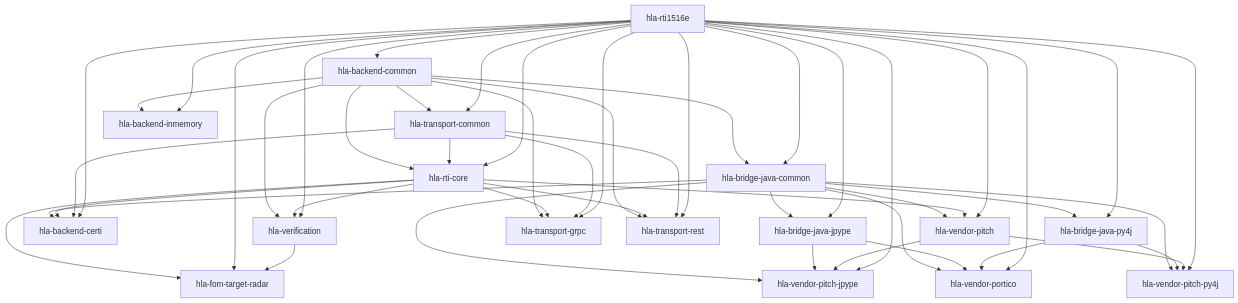
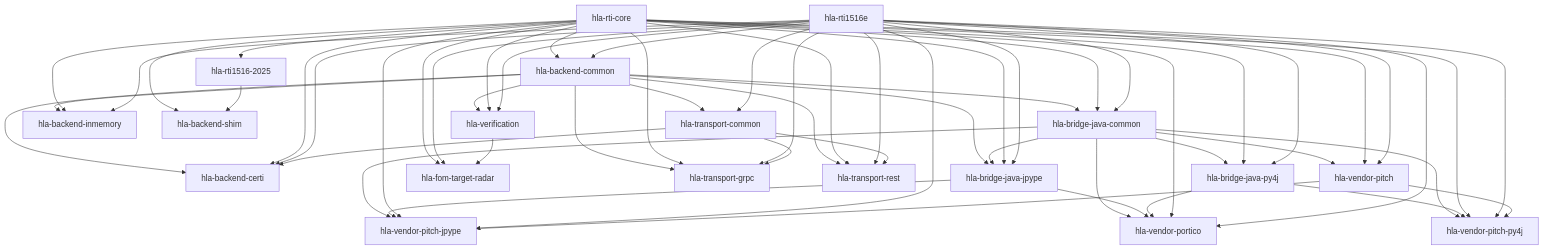
One commit to sheepfling/sturdy-broccoli changed the diagram in docs/package_dependency_tree.md. Above: the diagram before and after it, drawn with Mermaid. The commit also changed other lines of this file and 74 other files, not shown here.

Commit message:
2025 edition: add spec shim and refresh package boundaries

````diff
--- a/docs/package_dependency_tree.md
+++ b/docs/package_dependency_tree.md
@@ -50,51 +33,61 @@
 ```mermaid
 graph TD
-    hla.rti[hla-rti-core] --> hla.foms.target_radar[hla-fom-target-radar]
-    hla2010_spec[hla-rti1516e] --> hla.foms.target_radar[hla-fom-target-radar]
-    hla.verification[hla-verification] --> hla.foms.target_radar[hla-fom-target-radar]
-    hla2010_spec[hla-rti1516e] --> hla.backends.common[hla-backend-common]
-    hla.bridges.java.common[hla-bridge-java-common] --> hla.backends.certi[hla-backend-certi]
-    hla.rti[hla-rti-core] --> hla.backends.certi[hla-backend-certi]
-    hla.transports.common[hla-transport-common] --> hla.backends.certi[hla-backend-certi]
-    hla2010_spec[hla-rti1516e] --> hla.backends.certi[hla-backend-certi]
-    hla.backends.common[hla-backend-common] --> hla.bridges.java.common[hla-bridge-java-common]
-    hla2010_spec[hla-rti1516e] --> hla.bridges.java.common[hla-bridge-java-common]
-    hla.bridges.java.common[hla-bridge-java-common] --> hla.bridges.java.jpype[hla-bridge-java-jpype]
-    hla2010_spec[hla-rti1516e] --> hla.bridges.java.jpype[hla-bridge-java-jpype]
-    hla.bridges.java.common[hla-bridge-java-common] --> hla.bridges.java.py4j[hla-bridge-java-py4j]
-    hla2010_spec[hla-rti1516e] --> hla.bridges.java.py4j[hla-bridge-java-py4j]
-    hla.bridges.java.common[hla-bridge-java-common] --> hla.vendors.pitch[hla-vendor-pitch]
-    hla.rti[hla-rti-core] --> hla.vendors.pitch[hla-vendor-pitch]
-    hla2010_spec[hla-rti1516e] --> hla.vendors.pitch[hla-vendor-pitch]
-    hla.bridges.java.common[hla-bridge-java-common] --> hla.vendors.pitch.jpype[hla-vendor-pitch-jpype]
-    hla.bridges.java.jpype[hla-bridge-java-jpype] --> hla.vendors.pitch.jpype[hla-vendor-pitch-jpype]
-    hla.vendors.pitch[hla-vendor-pitch] --> hla.vendors.pitch.jpype[hla-vendor-pitch-jpype]
-    hla2010_spec[hla-rti1516e] --> hla.vendors.pitch.jpype[hla-vendor-pitch-jpype]
-    hla.bridges.java.common[hla-bridge-java-common] --> hla.vendors.pitch.py4j[hla-vendor-pitch-py4j]
-    hla.bridges.java.py4j[hla-bridge-java-py4j] --> hla.vendors.pitch.py4j[hla-vendor-pitch-py4j]
-    hla.vendors.pitch[hla-vendor-pitch] --> hla.vendors.pitch.py4j[hla-vendor-pitch-py4j]
-    hla2010_spec[hla-rti1516e] --> hla.vendors.pitch.py4j[hla-vendor-pitch-py4j]
-    hla.bridges.java.common[hla-bridge-java-common] --> hla.vendors.portico[hla-vendor-portico]
-    hla.bridges.java.jpype[hla-bridge-java-jpype] --> hla.vendors.portico[hla-vendor-portico]
-    hla.bridges.java.py4j[hla-bridge-java-py4j] --> hla.vendors.portico[hla-vendor-portico]
-    hla2010_spec[hla-rti1516e] --> hla.vendors.portico[hla-vendor-portico]
-    hla.backends.common[hla-backend-common] --> hla.backends.inmemory[hla-backend-inmemory]
-    hla2010_spec[hla-rti1516e] --> hla.backends.inmemory[hla-backend-inmemory]
-    hla.backends.common[hla-backend-common] --> hla.rti[hla-rti-core]
-    hla.transports.common[hla-transport-common] --> hla.rti[hla-rti-core]
-    hla2010_spec[hla-rti1516e] --> hla.rti[hla-rti-core]
-    hla.backends.common[hla-backend-common] --> hla.transports.common[hla-transport-common]
-    hla2010_spec[hla-rti1516e] --> hla.transports.common[hla-transport-common]
-    hla.backends.common[hla-backend-common] --> hla.transports.grpc[hla-transport-grpc]
-    hla.rti[hla-rti-core] --> hla.transports.grpc[hla-transport-grpc]
-    hla.transports.common[hla-transport-common] --> hla.transports.grpc[hla-transport-grpc]
-    hla2010_spec[hla-rti1516e] --> hla.transports.grpc[hla-transport-grpc]
-    hla.backends.common[hla-backend-common] --> hla.transports.rest[hla-transport-rest]
-    hla.rti[hla-rti-core] --> hla.transports.rest[hla-transport-rest]
-    hla.transports.common[hla-transport-common] --> hla.transports.rest[hla-transport-rest]
-    hla2010_spec[hla-rti1516e] --> hla.transports.rest[hla-transport-rest]
-    hla2010_spec[hla-rti1516e]
-    hla.backends.common[hla-backend-common] --> hla.verification[hla-verification]
-    hla.rti[hla-rti-core] --> hla.verification[hla-verification]
-    hla2010_spec[hla-rti1516e] --> hla.verification[hla-verification]
+    hla_backend_common[hla-backend-common] --> hla_backend_certi[hla-backend-certi]
+    hla_rti_core[hla-rti-core] --> hla_backend_certi[hla-backend-certi]
+    hla_rti1516e[hla-rti1516e] --> hla_backend_certi[hla-backend-certi]
+    hla_transport_common[hla-transport-common] --> hla_backend_certi[hla-backend-certi]
+    hla_rti_core[hla-rti-core] --> hla_backend_common[hla-backend-common]
+    hla_rti1516e[hla-rti1516e] --> hla_backend_common[hla-backend-common]
+    hla_backend_common[hla-backend-common] --> hla_backend_inmemory[hla-backend-inmemory]
+    hla_rti_core[hla-rti-core] --> hla_backend_inmemory[hla-backend-inmemory]
+    hla_rti1516e[hla-rti1516e] --> hla_backend_inmemory[hla-backend-inmemory]
+    hla_rti_core[hla-rti-core] --> hla_backend_shim[hla-backend-shim]
+    hla_rti1516_2025[hla-rti1516-2025] --> hla_backend_shim[hla-backend-shim]
+    hla_backend_common[hla-backend-common] --> hla_bridge_java_common[hla-bridge-java-common]
+    hla_rti_core[hla-rti-core] --> hla_bridge_java_common[hla-bridge-java-common]
+    hla_rti1516e[hla-rti1516e] --> hla_bridge_java_common[hla-bridge-java-common]
+    hla_backend_common[hla-backend-common] --> hla_bridge_java_jpype[hla-bridge-java-jpype]
+    hla_bridge_java_common[hla-bridge-java-common] --> hla_bridge_java_jpype[hla-bridge-java-jpype]
+    hla_rti_core[hla-rti-core] --> hla_bridge_java_jpype[hla-bridge-java-jpype]
+    hla_rti1516e[hla-rti1516e] --> hla_bridge_java_jpype[hla-bridge-java-jpype]
+    hla_bridge_java_common[hla-bridge-java-common] --> hla_bridge_java_py4j[hla-bridge-java-py4j]
+    hla_rti_core[hla-rti-core] --> hla_bridge_java_py4j[hla-bridge-java-py4j]
+    hla_rti1516e[hla-rti1516e] --> hla_bridge_java_py4j[hla-bridge-java-py4j]
+    hla_rti_core[hla-rti-core] --> hla_fom_target_radar[hla-fom-target-radar]
+    hla_rti1516e[hla-rti1516e] --> hla_fom_target_radar[hla-fom-target-radar]
+    hla_verification[hla-verification] --> hla_fom_target_radar[hla-fom-target-radar]
+    hla_rti_core[hla-rti-core]
+    hla_rti_core[hla-rti-core] --> hla_rti1516_2025[hla-rti1516-2025]
+    hla_rti1516e[hla-rti1516e]
+    hla_backend_common[hla-backend-common] --> hla_transport_common[hla-transport-common]
+    hla_rti1516e[hla-rti1516e] --> hla_transport_common[hla-transport-common]
+    hla_backend_common[hla-backend-common] --> hla_transport_grpc[hla-transport-grpc]
+    hla_rti_core[hla-rti-core] --> hla_transport_grpc[hla-transport-grpc]
+    hla_rti1516e[hla-rti1516e] --> hla_transport_grpc[hla-transport-grpc]
+    hla_transport_common[hla-transport-common] --> hla_transport_grpc[hla-transport-grpc]
+    hla_backend_common[hla-backend-common] --> hla_transport_rest[hla-transport-rest]
+    hla_rti_core[hla-rti-core] --> hla_transport_rest[hla-transport-rest]
+    hla_rti1516e[hla-rti1516e] --> hla_transport_rest[hla-transport-rest]
+    hla_transport_common[hla-transport-common] --> hla_transport_rest[hla-transport-rest]
+    hla_bridge_java_common[hla-bridge-java-common] --> hla_vendor_pitch[hla-vendor-pitch]
+    hla_rti_core[hla-rti-core] --> hla_vendor_pitch[hla-vendor-pitch]
+    hla_rti1516e[hla-rti1516e] --> hla_vendor_pitch[hla-vendor-pitch]
+    hla_bridge_java_common[hla-bridge-java-common] --> hla_vendor_pitch_jpype[hla-vendor-pitch-jpype]
+    hla_bridge_java_jpype[hla-bridge-java-jpype] --> hla_vendor_pitch_jpype[hla-vendor-pitch-jpype]
+    hla_rti_core[hla-rti-core] --> hla_vendor_pitch_jpype[hla-vendor-pitch-jpype]
+    hla_rti1516e[hla-rti1516e] --> hla_vendor_pitch_jpype[hla-vendor-pitch-jpype]
+    hla_vendor_pitch[hla-vendor-pitch] --> hla_vendor_pitch_jpype[hla-vendor-pitch-jpype]
+    hla_bridge_java_common[hla-bridge-java-common] --> hla_vendor_pitch_py4j[hla-vendor-pitch-py4j]
+    hla_bridge_java_py4j[hla-bridge-java-py4j] --> hla_vendor_pitch_py4j[hla-vendor-pitch-py4j]
+    hla_rti_core[hla-rti-core] --> hla_vendor_pitch_py4j[hla-vendor-pitch-py4j]
+    hla_rti1516e[hla-rti1516e] --> hla_vendor_pitch_py4j[hla-vendor-pitch-py4j]
+    hla_vendor_pitch[hla-vendor-pitch] --> hla_vendor_pitch_py4j[hla-vendor-pitch-py4j]
+    hla_bridge_java_common[hla-bridge-java-common] --> hla_vendor_portico[hla-vendor-portico]
+    hla_bridge_java_jpype[hla-bridge-java-jpype] --> hla_vendor_portico[hla-vendor-portico]
+    hla_bridge_java_py4j[hla-bridge-java-py4j] --> hla_vendor_portico[hla-vendor-portico]
+    hla_rti_core[hla-rti-core] --> hla_vendor_portico[hla-vendor-portico]
+    hla_rti1516e[hla-rti1516e] --> hla_vendor_portico[hla-vendor-portico]
+    hla_backend_common[hla-backend-common] --> hla_verification[hla-verification]
+    hla_rti_core[hla-rti-core] --> hla_verification[hla-verification]
+    hla_rti1516e[hla-rti1516e] --> hla_verification[hla-verification]
 ```
````
